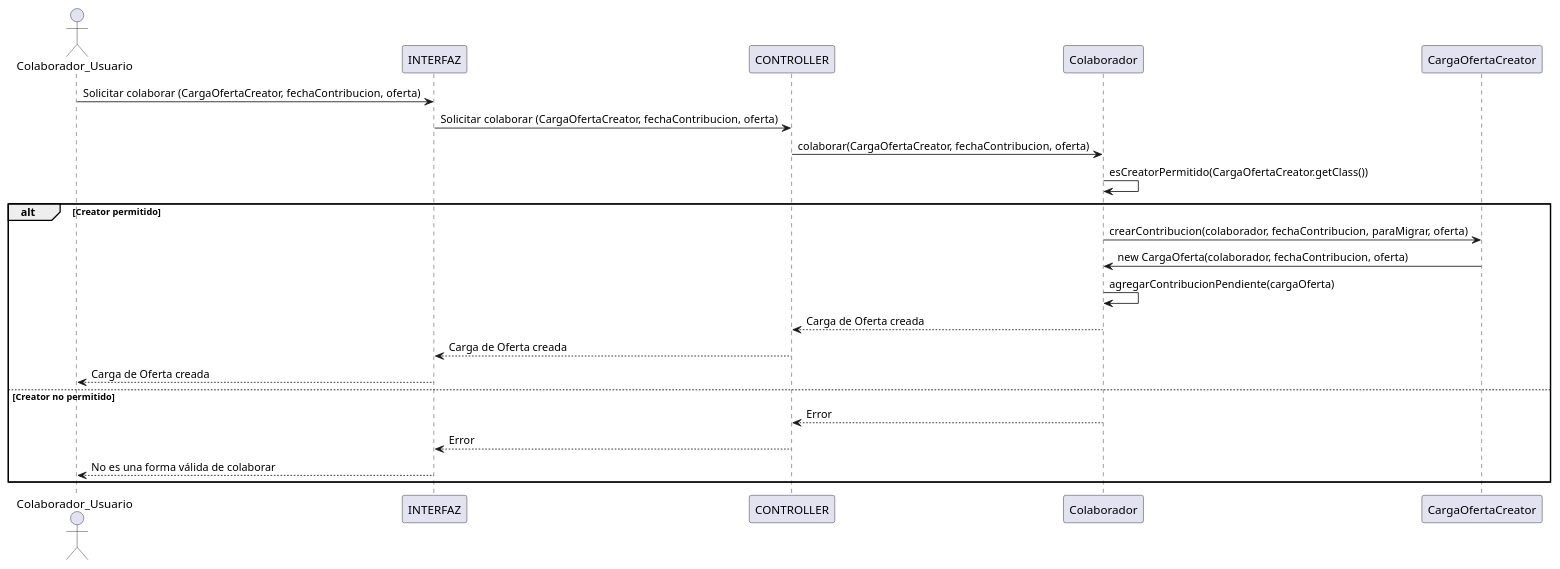
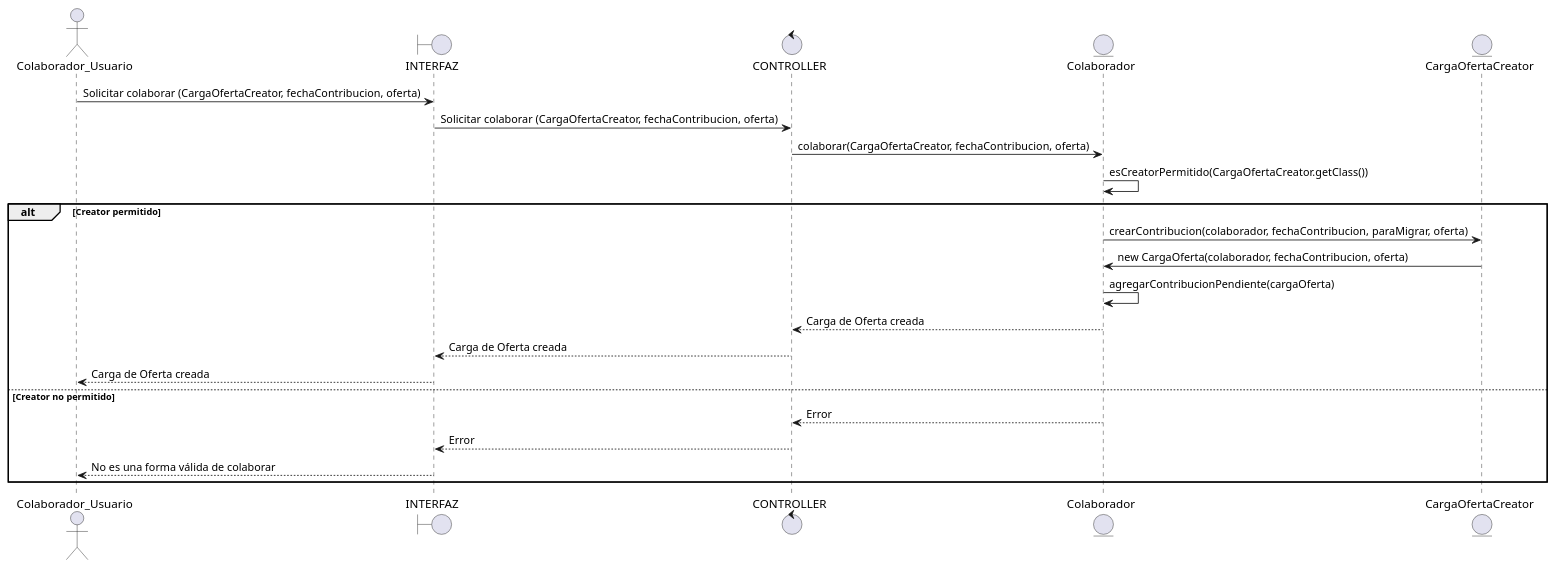
Before and after one commit to luciacosenza/DDS-grupo10: the diagram in proyecto_heladeras_solidarias/docs/plant_uml/diagramas_secuencia/cargar_oferta/cargar_oferta_colaborar.plantuml, drawn with PlantUML. The commit also changed 16 other files, not shown here.

Commit message:
Agrego iconos correctos a diagramas de secuencia

```diff
--- a/proyecto_heladeras_solidarias/docs/plant_uml/diagramas_secuencia/cargar_oferta/cargar_oferta_colaborar.plantuml
+++ b/proyecto_heladeras_solidarias/docs/plant_uml/diagramas_secuencia/cargar_oferta/cargar_oferta_colaborar.plantuml
@@ -1,24 +1,24 @@
 @startuml cargar_oferta_colaborar
 actor Colaborador_Usuario as User
-participant INTERFAZ
-participant CONTROLLER
-participant "Colaborador" as Colaborador
-participant "CargaOfertaCreator" as CargaOfertaCreator
+boundary INTERFAZ
+control CONTROLLER
+entity "Colaborador" as Colaborador
+entity "CargaOfertaCreator" as CargaOfertaCreator
 
 User -> INTERFAZ: Solicitar colaborar (CargaOfertaCreator, fechaContribucion, oferta)
 INTERFAZ -> CONTROLLER: Solicitar colaborar (CargaOfertaCreator, fechaContribucion, oferta)
 CONTROLLER -> Colaborador: colaborar(CargaOfertaCreator, fechaContribucion, oferta)
 Colaborador -> Colaborador: esCreatorPermitido(CargaOfertaCreator.getClass())
 alt Creator permitido
     Colaborador -> CargaOfertaCreator: crearContribucion(colaborador, fechaContribucion, paraMigrar, oferta)
     CargaOfertaCreator -> Colaborador: new CargaOferta(colaborador, fechaContribucion, oferta)
     Colaborador -> Colaborador: agregarContribucionPendiente(cargaOferta)
     Colaborador --> CONTROLLER: Carga de Oferta creada
     CONTROLLER --> INTERFAZ: Carga de Oferta creada
     INTERFAZ --> User: Carga de Oferta creada
 else Creator no permitido
     Colaborador --> CONTROLLER: Error
     CONTROLLER --> INTERFAZ: Error
     INTERFAZ --> User: No es una forma válida de colaborar
 end
 @enduml
```
